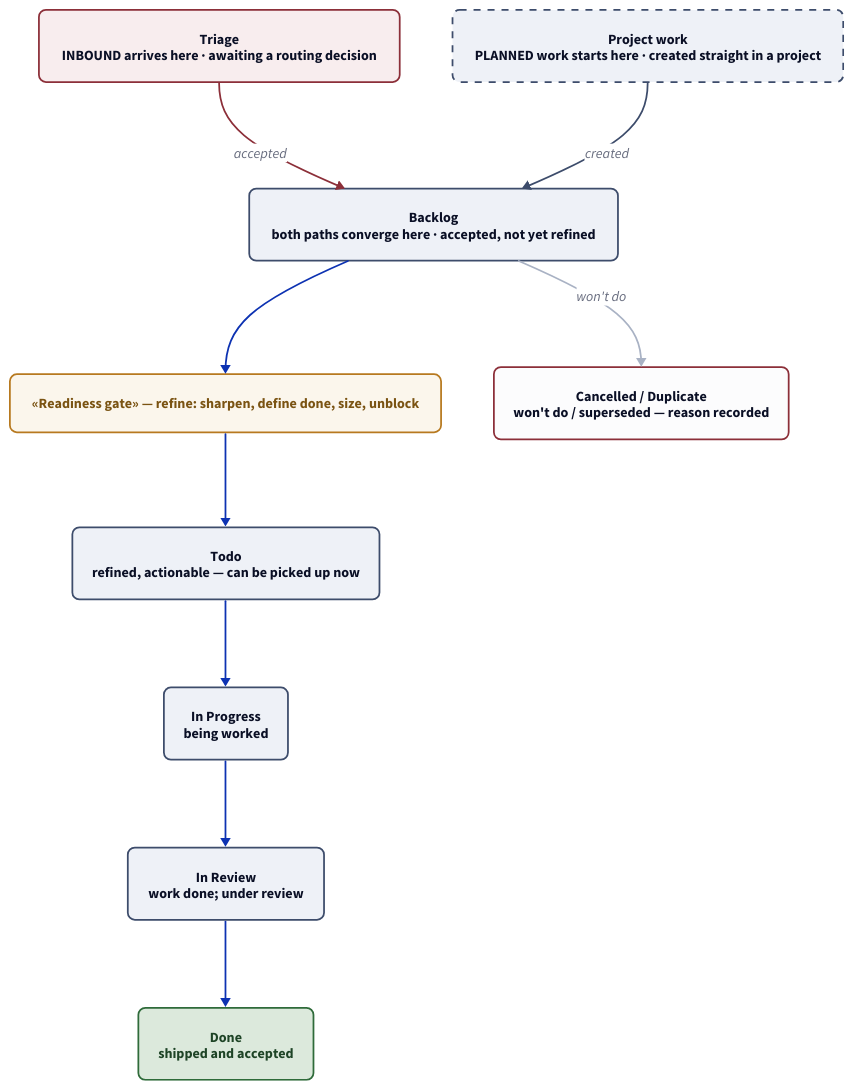
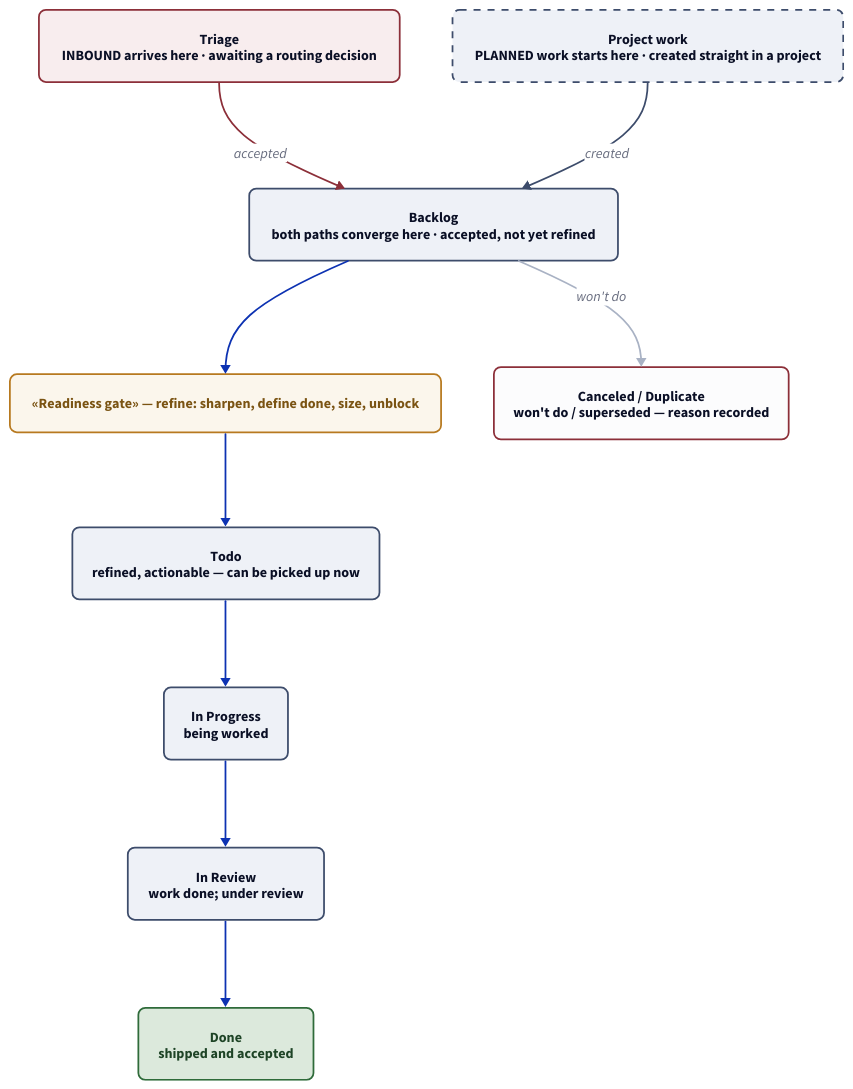
One commit to hungovercoders/linear-work-management changed the diagram in docs/diagrams/issue-lifecycle.d2. Above: the diagram before and after it, drawn with D2. The commit also changed 9 other files, not shown here.

````diff
--- a/docs/diagrams/issue-lifecycle.d2
+++ b/docs/diagrams/issue-lifecycle.d2
@@ -1,53 +1,53 @@
 # Issue lifecycle: how one issue moves from arrival to done.
 # Rendered inline on the Issues overview page via Kroki (```kroki-d2```).
 # Companion to project-lifecycle.d2. Flat + acyclic so the layout stays a clean vertical spine.
 # Triage's five outcomes live on the Triage page (triage-outcomes.d2), not here.
 
 direction: down
 
 # ---- two entry points, converging on Backlog ----
 # Triage is a state (inbound waits here for a decision); Project work is not a
 # state, just where planned work enters — shown dashed to mark it an entry, not a state.
 triage: "Triage\nINBOUND arrives here · awaiting a routing decision" {
   style: {fill: "#F8EDEE"; stroke: "#8C2F39"; border-radius: 8; bold: true}
 }
 projectwork: "Project work\nPLANNED work starts here · created straight in a project" {
   style: {fill: "#EEF1F7"; stroke: "#3D4C6B"; stroke-dash: 4; border-radius: 8; bold: true}
 }
 
 # ---- backlog: where both paths converge ----
 backlog: "Backlog\nboth paths converge here · accepted, not yet refined" {
   style: {fill: "#EEF1F7"; stroke: "#3D4C6B"; border-radius: 8; bold: true}
 }
 
 # ---- the readiness gate ----
 gate: "«Readiness gate» — refine: sharpen, define done, size, unblock" {
   style: {fill: "#FBF6EC"; stroke: "#B7791F"; border-radius: 8; bold: true; font-color: "#7A5312"}
 }
 
 # ---- ready and moving ----
 todo: "Todo\nrefined, actionable — can be picked up now" {
   style: {fill: "#EEF1F7"; stroke: "#3D4C6B"; border-radius: 8; bold: true}
 }
 inprogress: "In Progress\nbeing worked" {
   style: {fill: "#EEF1F7"; stroke: "#3D4C6B"; border-radius: 8; bold: true}
 }
 inreview: "In Review\nwork done; under review" {
   style: {fill: "#EEF1F7"; stroke: "#3D4C6B"; border-radius: 8; bold: true}
 }
 
 # ---- closed ----
 done: "Done\nshipped and accepted" {
   style: {fill: "#DCE9DC"; stroke: "#2F6B3A"; border-radius: 8; bold: true; font-color: "#1E4426"}
 }
-dropped: "Cancelled / Duplicate\nwon't do / superseded — reason recorded" {
+dropped: "Canceled / Duplicate\nwon't do / superseded — reason recorded" {
   style: {fill: "#FCFCFD"; stroke: "#8C2F39"; border-radius: 8}
 }
 
 # ---- the spine (acyclic, top-to-bottom) ----
 triage -> backlog: accepted {style.stroke: "#8C2F39"}
 projectwork -> backlog: created {style.stroke: "#3D4C6B"}
 backlog -> gate
 gate -> todo
 todo -> inprogress -> inreview -> done
 backlog -> dropped: won't do {style.stroke: "#A9B2C4"}
````
